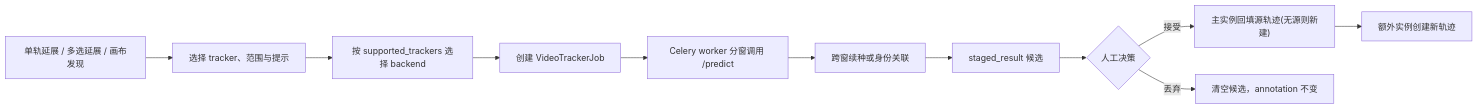
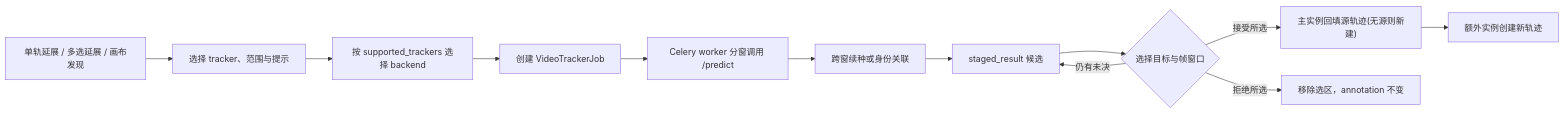
One commit to yyq19990828/ai-annotation-platform changed the diagram in docs-site/dev/concepts/video-ai-tracking.md. Above: the diagram before and after it, drawn with Mermaid. The commit also changed other lines of this file and 39 other files, not shown here.

````diff
--- a/docs-site/dev/concepts/video-ai-tracking.md
+++ b/docs-site/dev/concepts/video-ai-tracking.md
@@ -26,13 +26,14 @@
 ```mermaid
 flowchart LR
     A["单轨延展 / 多选延展 / 画布发现"] --> B["选择 tracker、范围与提示"]
     B --> C["按 supported_trackers 选择 backend"]
     C --> D["创建 VideoTrackerJob"]
     D --> E["Celery worker 分窗调用 /predict"]
     E --> F["跨窗续种或身份关联"]
     F --> G["staged_result 候选"]
-    G --> H{"人工决策"}
-    H -->|接受| I["主实例回填源轨迹(无源则新建)"]
+    G --> H{"选择目标与帧窗口"}
+    H -->|接受所选| I["主实例回填源轨迹(无源则新建)"]
     I --> J["额外实例创建新轨迹"]
-    H -->|丢弃| K["清空候选，annotation 不变"]
+    H -->|拒绝所选| K["移除选区，annotation 不变"]
+    H -->|仍有未决| G
 ```
````
